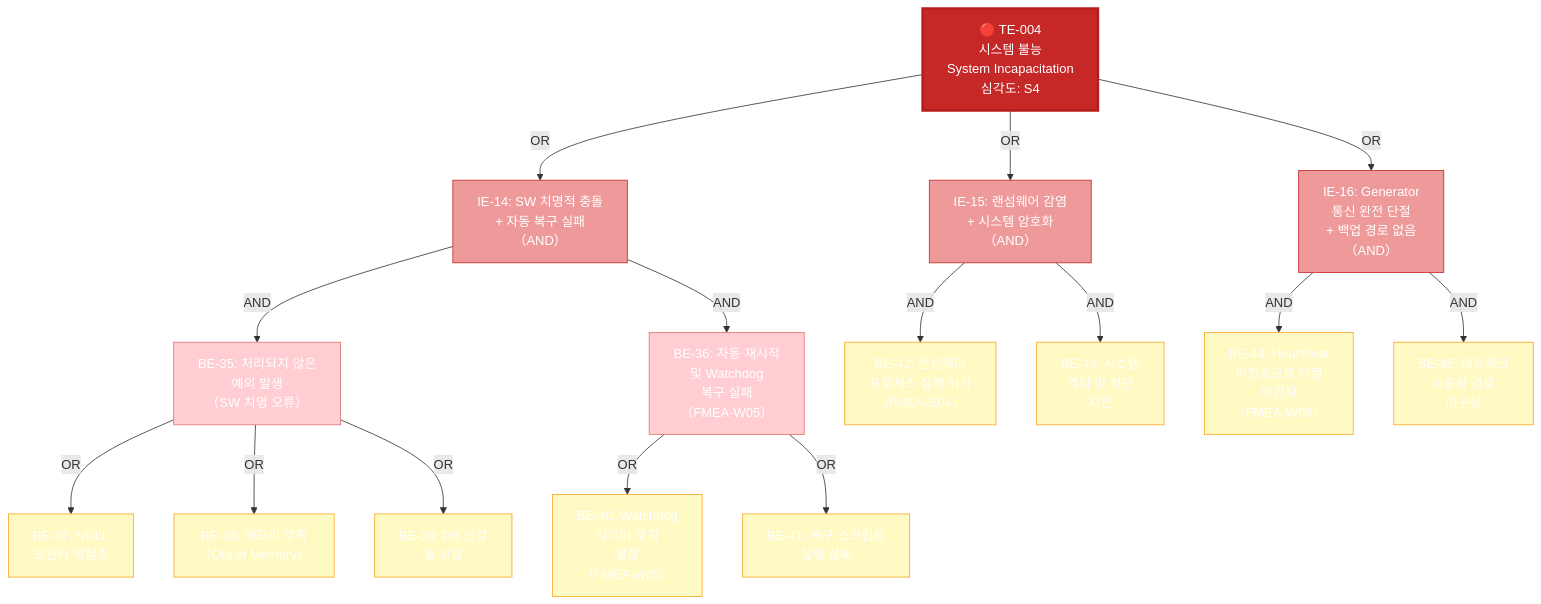
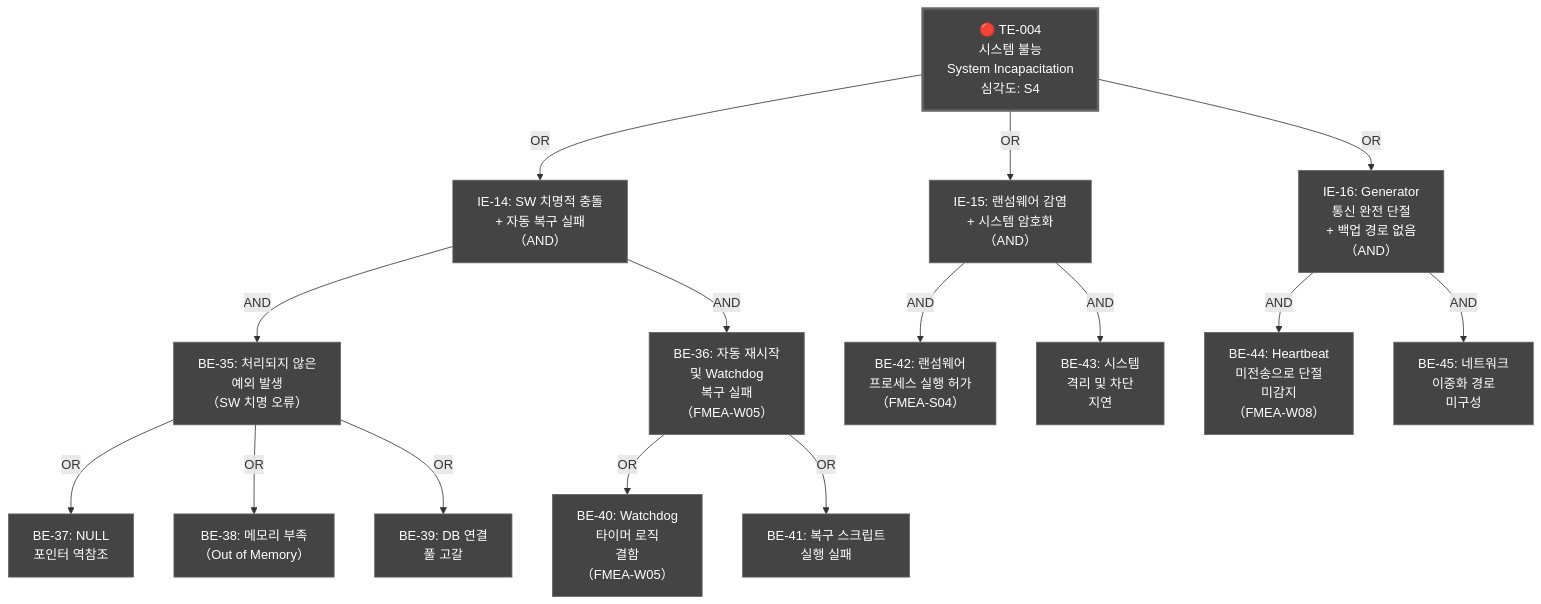
The sixth of 11 diagrams in docs/risk/DOC-009_FMEA_v1.0.md (holee9/console-gui), drawn with Mermaid before and after one commit. The commit also changed other lines of this file and 35 other files, not shown here.

First line of the commit message:
fix: 전체 Mermaid 차트 색상 진한 회색 통일

````diff
--- a/docs/risk/DOC-009_FMEA_v1.0.md
+++ b/docs/risk/DOC-009_FMEA_v1.0.md
@@ -543,45 +543,45 @@
 ```mermaid
 graph TD
     classDef default fill:#444,stroke:#666,color:#fff
     TE4["🔴 TE-004\n시스템 불능\nSystem Incapacitation\n심각도: S4"]
 
     TE4 -- OR --> IE14
     TE4 -- OR --> IE15
     TE4 -- OR --> IE16
 
     IE14["IE-14: SW 치명적 충돌\n+ 자동 복구 실패\n（AND）"]
     IE15["IE-15: 랜섬웨어 감염\n+ 시스템 암호화\n（AND）"]
     IE16["IE-16: Generator\n통신 완전 단절\n+ 백업 경로 없음\n（AND）"]
 
     IE14 -- AND --> BE35["BE-35: 처리되지 않은\n예외 발생\n（SW 치명 오류）"]
     IE14 -- AND --> BE36["BE-36: 자동 재시작\n및 Watchdog\n복구 실패\n（FMEA-W05）"]
 
     BE35 -- OR --> BE37["BE-37: NULL\n포인터 역참조"]
     BE35 -- OR --> BE38["BE-38: 메모리 부족\n（Out of Memory）"]
     BE35 -- OR --> BE39["BE-39: DB 연결\n풀 고갈"]
 
     BE36 -- OR --> BE40["BE-40: Watchdog\n타이머 로직\n결함\n（FMEA-W05）"]
     BE36 -- OR --> BE41["BE-41: 복구 스크립트\n실행 실패"]
 
     IE15 -- AND --> BE42["BE-42: 랜섬웨어\n프로세스 실행 허가\n（FMEA-S04）"]
     IE15 -- AND --> BE43["BE-43: 시스템\n격리 및 차단\n지연"]
 
     IE16 -- AND --> BE44["BE-44: Heartbeat\n미전송으로 단절\n미감지\n（FMEA-W08）"]
     IE16 -- AND --> BE45["BE-45: 네트워크\n이중화 경로\n미구성"]
 
-    style TE4 fill:#c62828,color:#ffffff,stroke:#b71c1c,stroke-width:3px
-    style IE14 fill:#ef9a9a,stroke:#c62828
-    style IE15 fill:#ef9a9a,stroke:#c62828
-    style IE16 fill:#ef9a9a,stroke:#c62828
-    style BE35 fill:#ffcdd2,stroke:#e57373
-    style BE36 fill:#ffcdd2,stroke:#e57373
-    style BE37 fill:#fff9c4,stroke:#f9a825
-    style BE38 fill:#fff9c4,stroke:#f9a825
-    style BE39 fill:#fff9c4,stroke:#f9a825
-    style BE40 fill:#fff9c4,stroke:#f9a825
-    style BE41 fill:#fff9c4,stroke:#f9a825
-    style BE42 fill:#fff9c4,stroke:#f9a825
-    style BE43 fill:#fff9c4,stroke:#f9a825
-    style BE44 fill:#fff9c4,stroke:#f9a825
-    style BE45 fill:#fff9c4,stroke:#f9a825
+    style TE4 fill:#444,color:#fff,stroke:#666,stroke-width:3px
+    style IE14 fill:#444,stroke:#666
+    style IE15 fill:#444,stroke:#666
+    style IE16 fill:#444,stroke:#666
+    style BE35 fill:#444,stroke:#666
+    style BE36 fill:#444,stroke:#666
+    style BE37 fill:#444,stroke:#666
+    style BE38 fill:#444,stroke:#666
+    style BE39 fill:#444,stroke:#666
+    style BE40 fill:#444,stroke:#666
+    style BE41 fill:#444,stroke:#666
+    style BE42 fill:#444,stroke:#666
+    style BE43 fill:#444,stroke:#666
+    style BE44 fill:#444,stroke:#666
+    style BE45 fill:#444,stroke:#666
 ```
````
